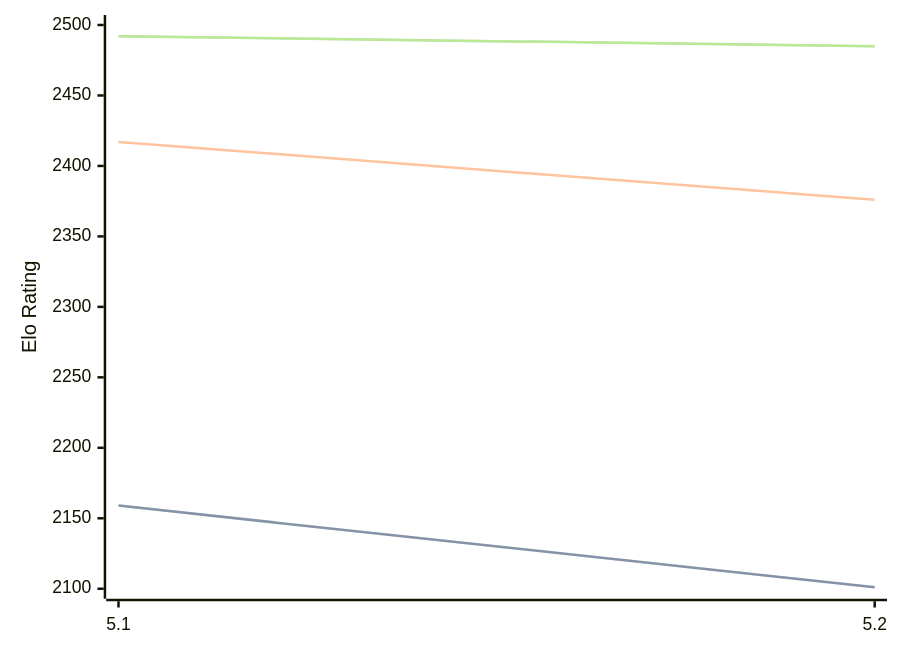
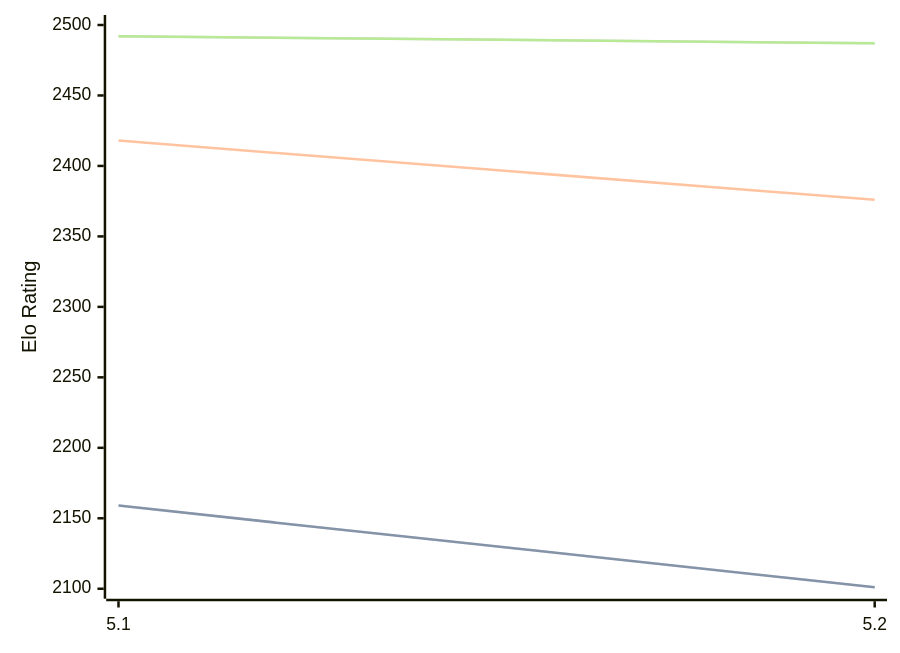
The diagram in engines/Prophet.md (computer-chess-index/cci), drawn with Mermaid before and after one commit. The commit also changed other lines of this file, not shown here.

Commit message:
Update CCI Ratings (ELO VLTC) - 2026-08-20

````diff
--- a/engines/Prophet.md
+++ b/engines/Prophet.md
@@ -32,11 +32,11 @@
 ```mermaid
 %%{init: {"theme":"base","themeVariables":{"seriesColors:['#a3a3a3','#222221','#faa371']}}}%%
 xychart-beta
   x-axis ["5.1", "5.2"]
   y-axis "Elo Rating" 2100 --> 2500
   line "STC (8.0+0.08s)" [2159, 2101]
   line "STC (8.0+0.08s)" [2159, 2101]
-  line "LTC (60.0+0.60s)" [2417, 2376]
-  line "VLTC (2m24s+1.12s)" [2492, 2485]
-  line "VLTC (2m24s+1.12s)" [2492, 2485]
+  line "LTC (60.0+0.60s)" [2418, 2376]
+  line "VLTC (2m24s+1.12s)" [2492, 2487]
+  line "VLTC (2m24s+1.12s)" [2492, 2487]
 ```
````
